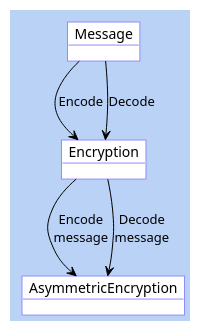
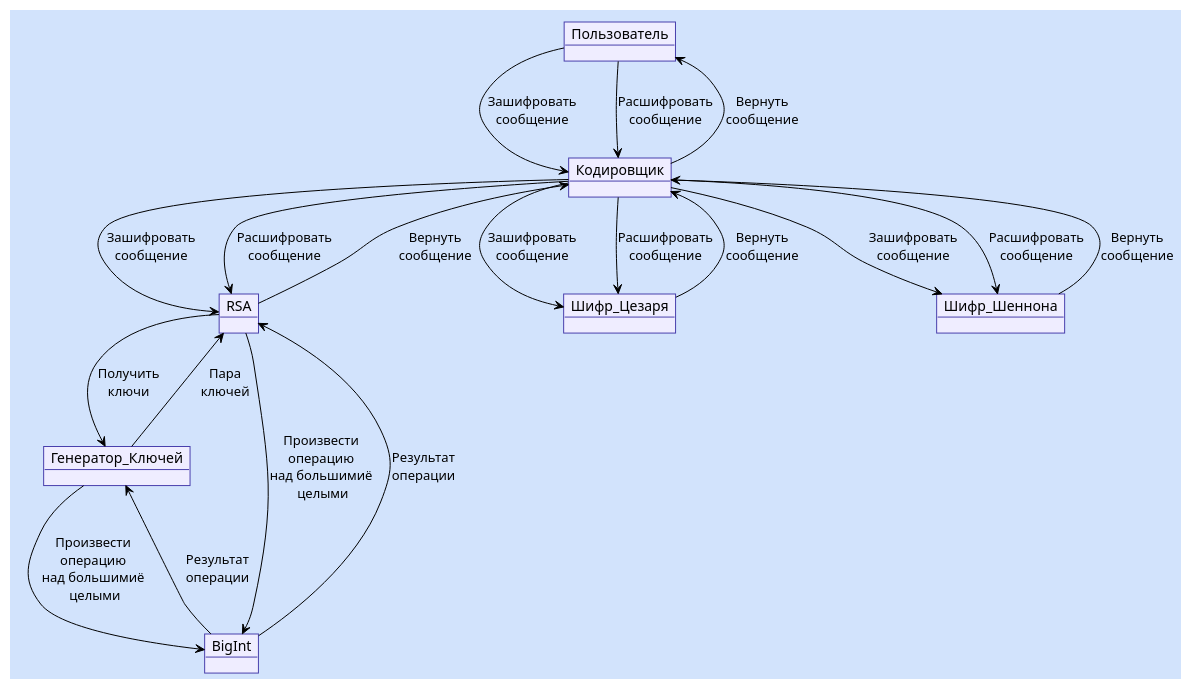
Before and after one commit to RNEvok/Encryption: the diagram in Diagrams/objects.puml, drawn with PlantUML. The commit also changed 1 other file, not shown here.

Commit message:
Diagrams updated

```diff
--- a/Diagrams/objects.puml
+++ b/Diagrams/objects.puml
@@ -1,18 +1,39 @@
 @startuml Объектная модель
   !theme plain
-  skinparam BackgroundColor #B9D2F6
-  skinparam ObjectBorderColor #948BFF
-  skinparam ObjectBackgroundColor #FFFFFF
+  skinparam BackgroundColor #d2e3fc
+  skinparam ObjectBorderColor #4940ad
+  skinparam ObjectBackgroundColor #efedff
   skinparam Handwritten false
 
-  object Encryption
-  object AsymmetricEncryption
-  object Message
+  object Пользователь
+  object Кодировщик
+  object RSA
+  object Шифр_Цезаря
+  object Шифр_Шеннона
+  object Генератор_Ключей
+  object BigInt
 
-  Message --> Encryption : "Encode"
-  Message --> Encryption : "Decode"
+  Пользователь --> Кодировщик : "Зашифровать\nсообщение"
+  Пользователь --> Кодировщик : "Расшифровать\nсообщение"
+  Пользователь <-- Кодировщик : "Вернуть\nсообщение"
 
-  Encryption --> AsymmetricEncryption : "Encode\nmessage"
-  Encryption --> AsymmetricEncryption : "Decode\nmessage"
+  Кодировщик --> RSA : "Зашифровать\nсообщение"
+  Кодировщик --> RSA : "Расшифровать\nсообщение"
+  Кодировщик <-- RSA : "Вернуть\nсообщение"
+
+  Кодировщик --> Шифр_Цезаря : "Зашифровать\nсообщение"
+  Кодировщик --> Шифр_Цезаря : "Расшифровать\nсообщение"
+  Кодировщик <-- Шифр_Цезаря : "Вернуть\nсообщение"
+
+  Кодировщик --> Шифр_Шеннона : "Зашифровать\nсообщение"
+  Кодировщик --> Шифр_Шеннона : "Расшифровать\nсообщение"
+  Кодировщик <-- Шифр_Шеннона : "Вернуть\nсообщение"
+
+  RSA --> Генератор_Ключей : "Получить\nключи"
+  RSA <-- Генератор_Ключей : "Пара\nключей"
+  RSA --> BigInt : "Произвести\nоперацию\nнад большимиё\n целыми"
+  RSA <-- BigInt : "Результат\nоперации"
+  Генератор_Ключей --> BigInt : "Произвести\nоперацию\nнад большимиё\n целыми"
+  Генератор_Ключей <-- BigInt : "Результат\nоперации"
   
 @enduml
```
